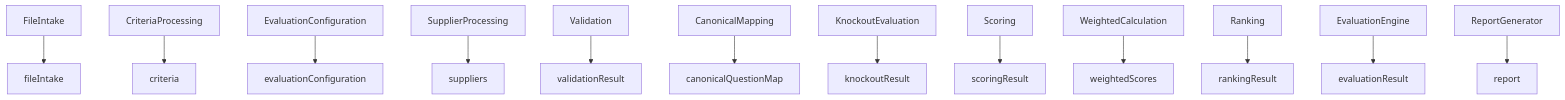
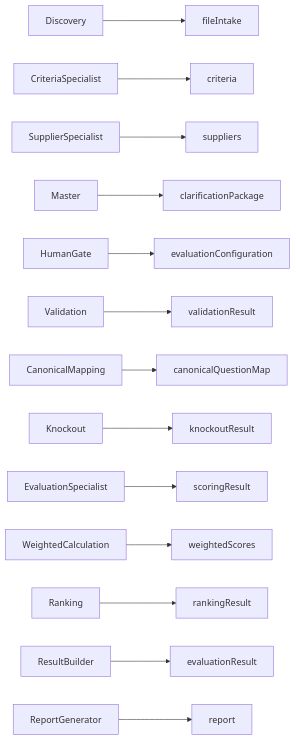
Before and after one commit to adityarane-ai/Agentic-Orchestrations: the second of 2 diagrams in Bid Analysis Agent/05A-Data-Flow-Architecture.md, drawn with Mermaid. The commit also changed other lines of this file, not shown here.

Commit message:
Update data flow for clarification package and frozen configuration

````diff
--- a/Bid Analysis Agent/05A-Data-Flow-Architecture.md
+++ b/Bid Analysis Agent/05A-Data-Flow-Architecture.md
@@ -101,16 +74,17 @@
 ```mermaid
-flowchart TD
+flowchart LR
 
-FileIntake --> fileIntake
-CriteriaProcessing --> criteria
-EvaluationConfiguration --> evaluationConfiguration
-SupplierProcessing --> suppliers
+Discovery --> fileIntake
+CriteriaSpecialist --> criteria
+SupplierSpecialist --> suppliers
+Master --> clarificationPackage
+HumanGate --> evaluationConfiguration
 Validation --> validationResult
 CanonicalMapping --> canonicalQuestionMap
-KnockoutEvaluation --> knockoutResult
-Scoring --> scoringResult
+Knockout --> knockoutResult
+EvaluationSpecialist --> scoringResult
 WeightedCalculation --> weightedScores
 Ranking --> rankingResult
-EvaluationEngine --> evaluationResult
+ResultBuilder --> evaluationResult
 ReportGenerator --> report
 ```
````
